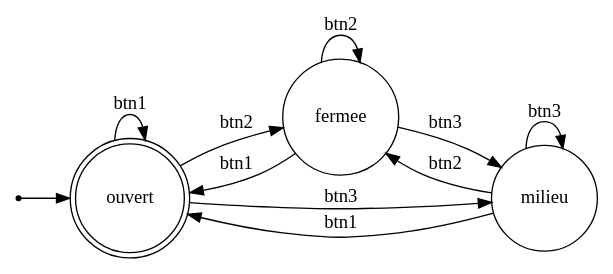
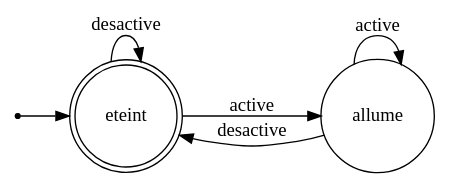
The diagram in Compilator/code.gv (mineosx29/wasm-as-ensta), drawn with Graphviz before and after one commit. The commit also changed 6 other files, not shown here.

```diff
--- a/Compilator/code.gv
+++ b/Compilator/code.gv
@@ -1,19 +1,13 @@
 digraph automate{
 rankdir=LR;
 size="8,5"
-node [shape = doublecircle];ouvert;
+node [shape = doublecircle];eteint;
 node [shape = point ]; qi
 node [shape = circle];
-qi -> ouvert;
-node [shape = circle];fermee;
-node [shape = circle];milieu;
-ouvert -> ouvert [ label = "btn1"];
-ouvert -> fermee [ label = "btn2"];
-ouvert -> milieu [ label = "btn3"];
-fermee -> ouvert [ label = "btn1"];
-fermee -> fermee [ label = "btn2"];
-fermee -> milieu [ label = "btn3"];
-milieu -> ouvert [ label = "btn1"];
-milieu -> fermee [ label = "btn2"];
-milieu -> milieu [ label = "btn3"];
+qi -> eteint;
+node [shape = circle];allume;
+eteint -> allume [ label = "active"];
+eteint -> eteint [ label = "desactive"];
+allume -> eteint [ label = "desactive"];
+allume -> allume [ label = "active"];
 }
```
